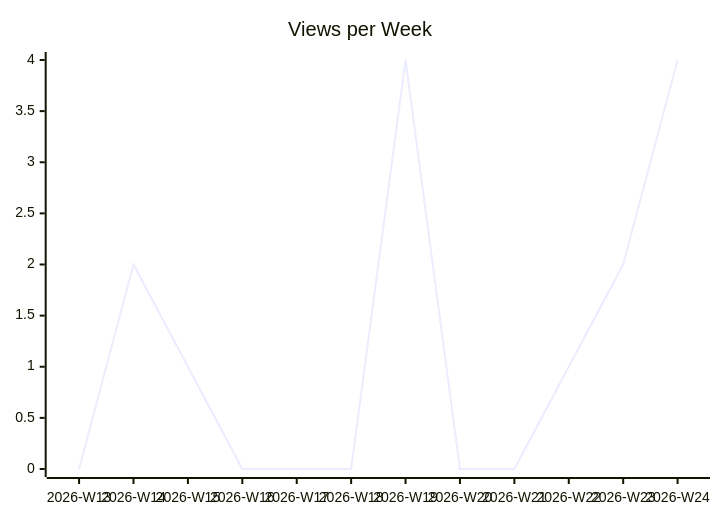
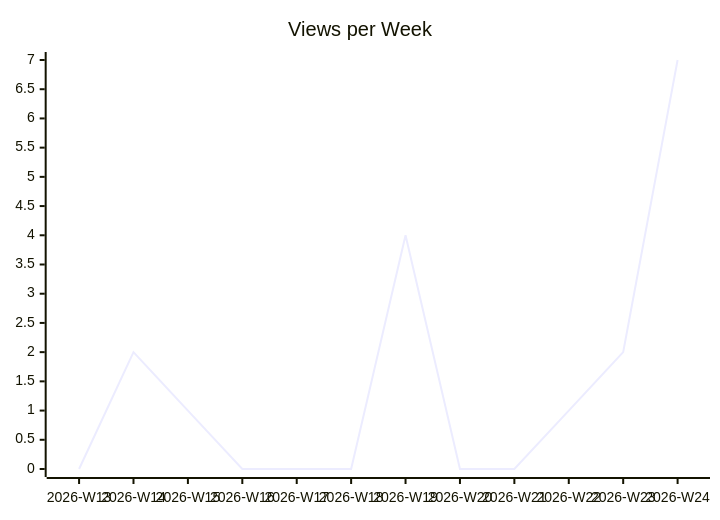
The second of 3 diagrams in karlmdavis/justdavis-ansible/README.md (justdavis-family/github-analytics-data), drawn with Mermaid before and after one commit. The commit also changed other lines of this file and 193 other files, not shown here.

````diff
--- a/karlmdavis/justdavis-ansible/README.md
+++ b/karlmdavis/justdavis-ansible/README.md
@@ -12,6 +12,6 @@
 ```mermaid
 xychart-beta
   title "Views per Week"
   x-axis ["2026-W13", "2026-W14", "2026-W15", "2026-W16", "2026-W17", "2026-W18", "2026-W19", "2026-W20", "2026-W21", "2026-W22", "2026-W23", "2026-W24"]
-  line [0, 2, 1, 0, 0, 0, 4, 0, 0, 1, 2, 4]
+  line [0, 2, 1, 0, 0, 0, 4, 0, 0, 1, 2, 7]
 ```
````
